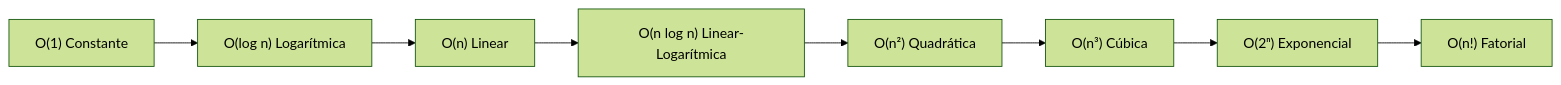
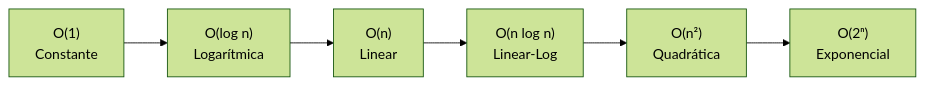
Before and after one commit to murilolol/unifef: the tenth of 26 diagrams in 4º Semestre/[Prof. Wesley Soares] Estrutura de Dados I/Resumos-IA/Simulados-Comentados.md, drawn with Mermaid (forest theme). The commit also changed other lines of this file and 58 other files, not shown here.

````diff
--- a/4º Semestre/[Prof. Wesley Soares] Estrutura de Dados I/Resumos-IA/Simulados-Comentados.md
+++ b/4º Semestre/[Prof. Wesley Soares] Estrutura de Dados I/Resumos-IA/Simulados-Comentados.md
@@ -726,10 +522,8 @@
 ```mermaid
 flowchart LR
-  C1["O(1) Constante"] --> C2["O(log n) Logarítmica"]
-  C2 --> C3["O(n) Linear"]
-  C3 --> C4["O(n log n) Linear-Logarítmica"]
-  C4 --> C5["O(n²) Quadrática"]
-  C5 --> C6["O(n³) Cúbica"]
-  C6 --> C7["O(2ⁿ) Exponencial"]
-  C7 --> C8["O(n!) Fatorial"]
+    C1["O(1)<br/>Constante"] --> C2["O(log n)<br/>Logarítmica"]
+    C2 --> C3["O(n)<br/>Linear"]
+    C3 --> C4["O(n log n)<br/>Linear-Log"]
+    C4 --> C5["O(n²)<br/>Quadrática"]
+    C5 --> C6["O(2ⁿ)<br/>Exponencial"]
 ```
````
